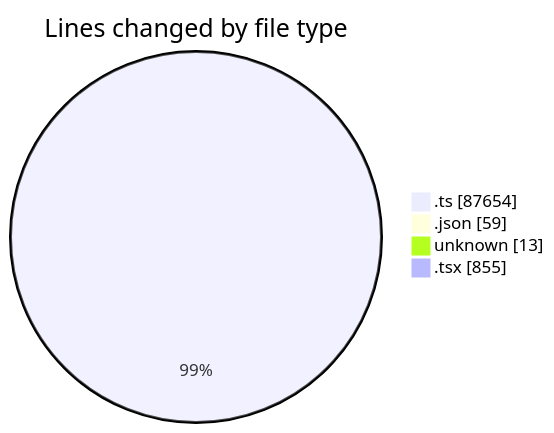
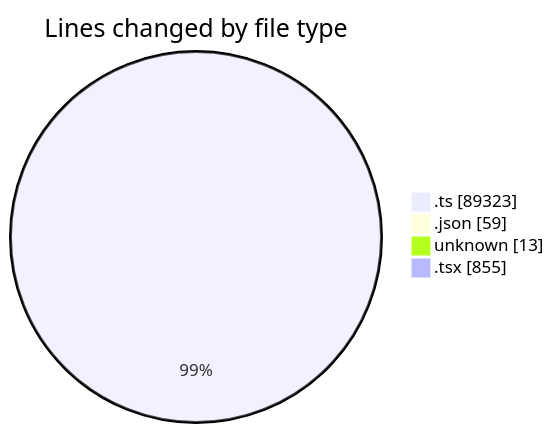
Before and after one commit to momahboobian/code-tracking: the first of 2 diagrams in 2025-09-09/cda/README.md, drawn with Mermaid. The commit also changed other lines of this file and 1 other file, not shown here.

````diff
--- a/2025-09-09/cda/README.md
+++ b/2025-09-09/cda/README.md
@@ -131,8 +132,8 @@
 ```mermaid
 pie showData
 title Lines changed by file type
-".ts" : 87654
+".ts" : 89323
 ".json" : 59
 "unknown" : 13
 ".tsx" : 855
 ```
````
